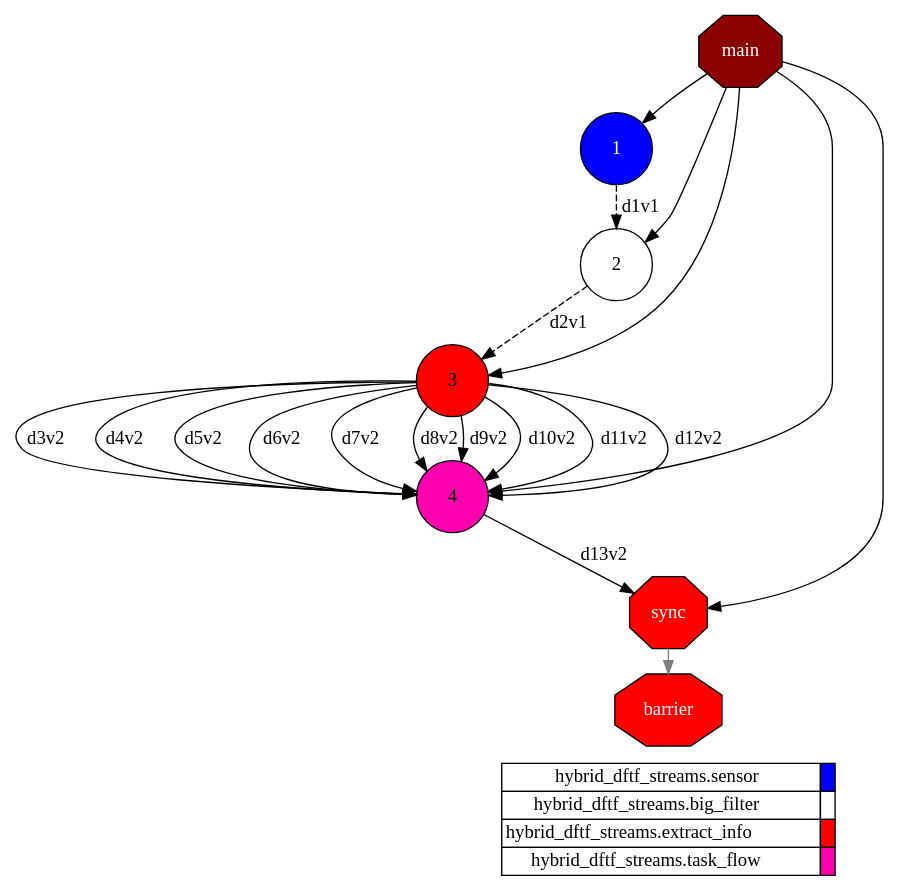
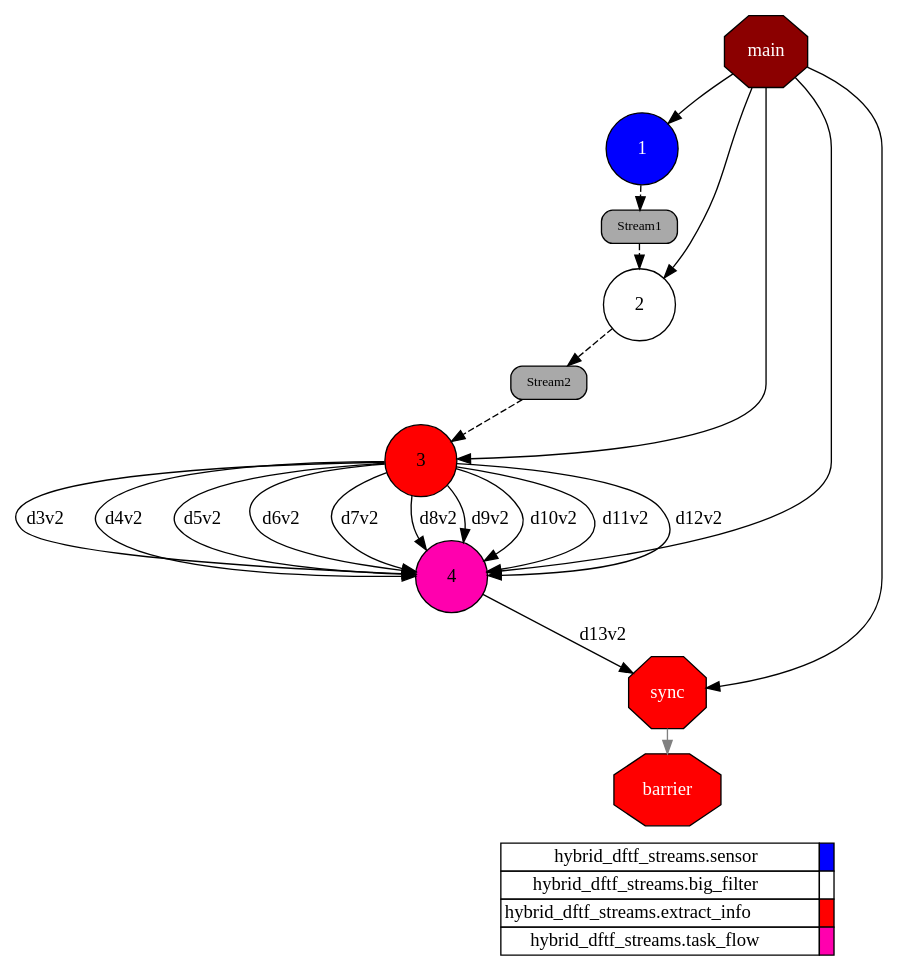
Before and after one commit to bsc-wdc/distro-stream-lib: the diagram in examples_results/nested-hybrid-python/monitor/complete_graph.dot, drawn with Graphviz. The commit also changed 9 other files, not shown here.

Commit message:
Update examples task graphs

```diff
--- a/examples_results/nested-hybrid-python/monitor/complete_graph.dot
+++ b/examples_results/nested-hybrid-python/monitor/complete_graph.dot
@@ -1,61 +1,67 @@
 digraph {
   rankdir=TB;
   labeljust="l";
   compound= true;
   subgraph dependence_graph {
     ranksep=0.20;
     node[height=0.75];
 
 Synchro0[label="main", shape=octagon, style=filled fillcolor="#8B0000" fontcolor="#FFFFFF"];
 1[shape=circle, style=filled fillcolor="#0000ff" fontcolor="#ffffff"];
 Synchro0 -> 1;
+Stream1[shape=rect style="rounded,filled" width=0 height=0 margin=0.1 fontsize=10 fillcolor="#a9a9a9" fontcolor="#000000"]
+1 -> Stream1 [style=dashed];
 2[shape=circle, style=filled fillcolor="#ffffff" fontcolor="#000000"];
-1 -> 2 [style=dashed, label="d1v1"];
+Stream1[shape=rect style="rounded,filled" width=0 height=0 margin=0.1 fontsize=10 fillcolor="#a9a9a9" fontcolor="#000000"]
+Stream1 -> 2 [style=dashed];
 Synchro0 -> 2;
+Stream2[shape=rect style="rounded,filled" width=0 height=0 margin=0.1 fontsize=10 fillcolor="#a9a9a9" fontcolor="#000000"]
+2 -> Stream2 [style=dashed];
 3[shape=circle, style=filled fillcolor="#ff0000" fontcolor="#000000"];
-2 -> 3 [style=dashed, label="d2v1"];
+Stream2[shape=rect style="rounded,filled" width=0 height=0 margin=0.1 fontsize=10 fillcolor="#a9a9a9" fontcolor="#000000"]
+Stream2 -> 3 [style=dashed];
 Synchro0 -> 3;
 4[shape=circle, style=filled fillcolor="#ff00ae" fontcolor="#000000"];
 Synchro0 -> 4;
 3 -> 4 [label="d3v2"];
 3 -> 4 [label="d4v2"];
 3 -> 4 [label="d5v2"];
 3 -> 4 [label="d6v2"];
 3 -> 4 [label="d7v2"];
 3 -> 4 [label="d8v2"];
 3 -> 4 [label="d9v2"];
 3 -> 4 [label="d10v2"];
 3 -> 4 [label="d11v2"];
 3 -> 4 [label="d12v2"];
 Synchro1[label="sync", shape=octagon, style=filled fillcolor="#ff0000" fontcolor="#FFFFFF"];
 Synchro0 -> Synchro1;
 4 -> Synchro1 [label="d13v2"];
 Synchro2[label="barrier", shape=octagon, style=filled fillcolor="#ff0000" fontcolor="#FFFFFF"];
 Synchro1 -> Synchro2 [color=grey];  }
   subgraph legend {
     rank=sink;
     node [shape=plaintext, height=0.75];
     ranksep=0.20;
     label = "Legend";
     key [label=<
       <table border="0" cellpadding="2" cellspacing="0" cellborder="1">
 <tr>
 <td align="right">hybrid_dftf_streams.sensor</td>
 <td bgcolor="#0000ff">&nbsp;</td>
 </tr>
 <tr>
 <td align="right">hybrid_dftf_streams.big_filter</td>
 <td bgcolor="#ffffff">&nbsp;</td>
 </tr>
 <tr>
 <td align="right">hybrid_dftf_streams.extract_info</td>
 <td bgcolor="#ff0000">&nbsp;</td>
 </tr>
 <tr>
 <td align="right">hybrid_dftf_streams.task_flow</td>
 <td bgcolor="#ff00ae">&nbsp;</td>
 </tr>
       </table>
     >]
   }
 }
```
